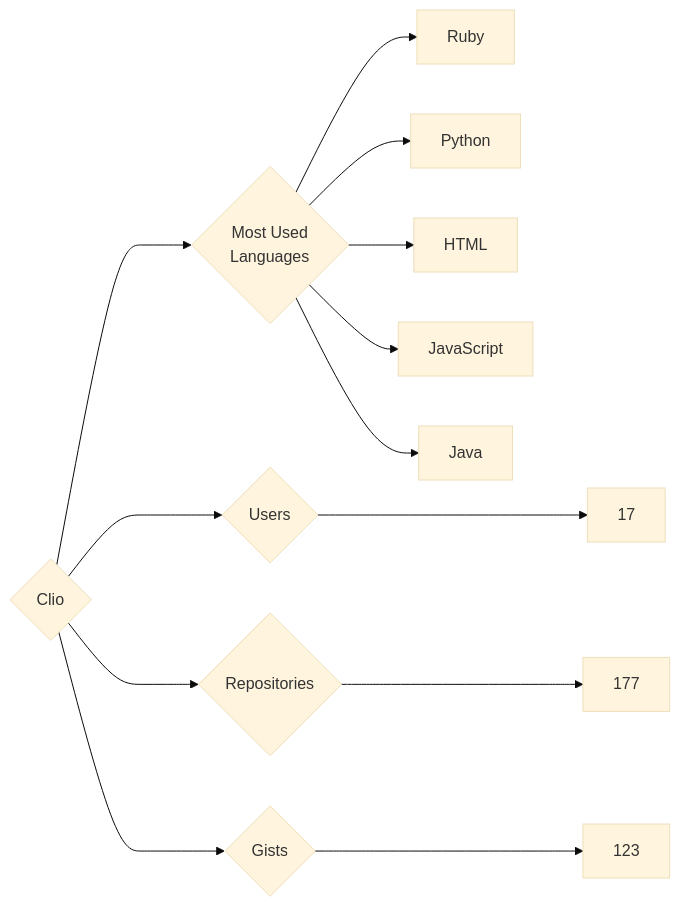
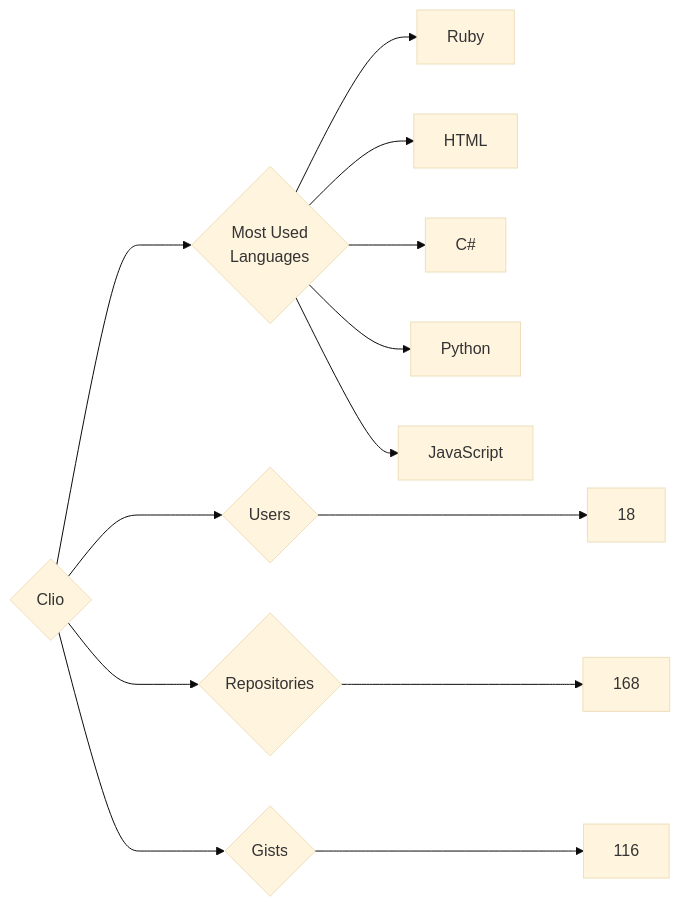
Before and after one commit to trickest/insiders: the diagram in targets/Clio/README.md, drawn with Mermaid (base theme). The commit also changed 639 other files, not shown here.

````diff
--- a/targets/Clio/README.md
+++ b/targets/Clio/README.md
@@ -3,13 +3,13 @@
 ```mermaid
 graph LR
 COMPANY_NAME{Clio}
-COMPANY_NAME ---> U{Users} ---> UN[17]
-COMPANY_NAME ---> R{Repositories} ---> RN[177]
-COMPANY_NAME ---> G{Gists} ---> GN[123]
+COMPANY_NAME ---> U{Users} ---> UN[18]
+COMPANY_NAME ---> R{Repositories} ---> RN[168]
+COMPANY_NAME ---> G{Gists} ---> GN[116]
 COMPANY_NAME ---> ML{Most Used<br>Languages}
 ML --> Ruby[Ruby]
+ML --> HTML[HTML]
+ML --> C#[C#]
 ML --> Python[Python]
-ML --> HTML[HTML]
 ML --> JavaScript[JavaScript]
-ML --> Java[Java]
 ```
````
